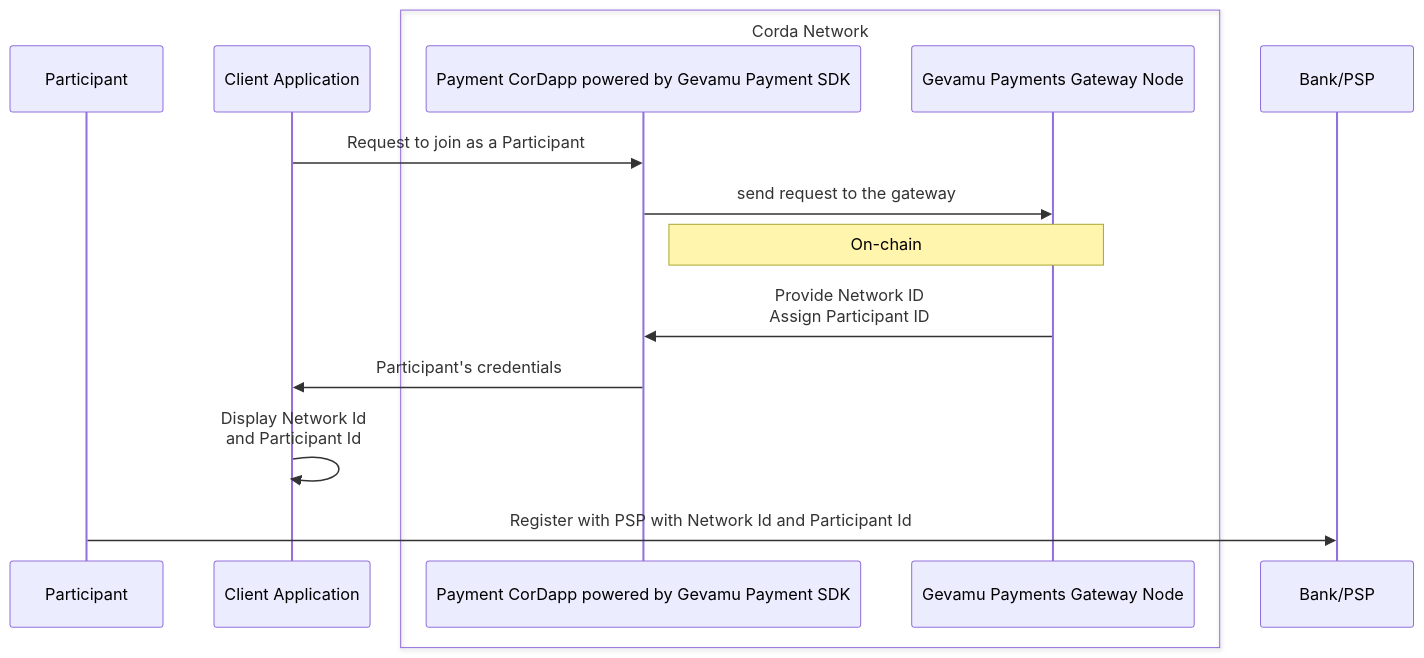
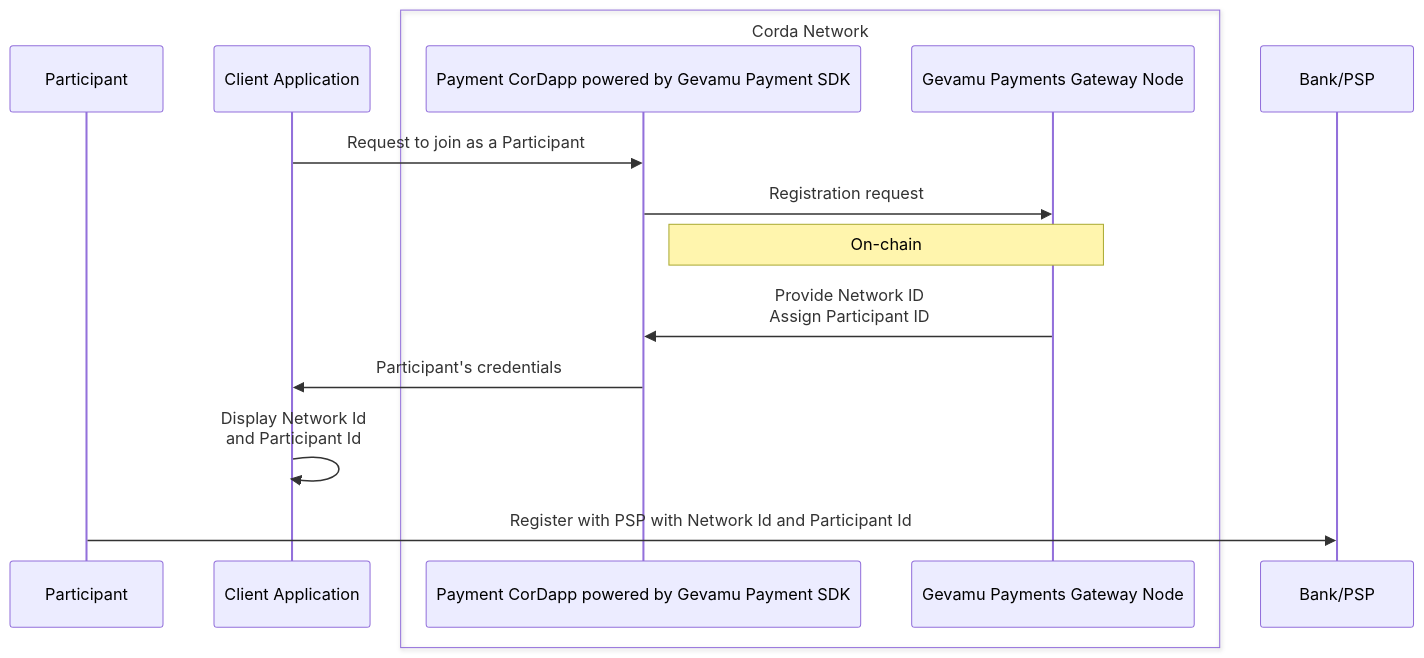
One commit to gevamu/gevamu.github.io changed the diagram in content/3.workflow/3.participant-onboarding.md. Above: the diagram before and after it, drawn with Mermaid.

````diff
--- a/content/3.workflow/3.participant-onboarding.md
+++ b/content/3.workflow/3.participant-onboarding.md
@@ -16,25 +16,25 @@
 ```mermaid
 sequenceDiagram
  
  %% using slide 12
 
   participant p as Participant
   participant ca as Client Application
   box Corda Network
   participant pc as Payment CorDapp powered by Gevamu Payment SDK 
   participant gn as Gevamu Payments Gateway Node
   end
   participant psp as Bank/PSP
 
   ca ->> pc: Request to join as a Participant
 
   
-  pc ->> gn: send request to the gateway
+  pc ->> gn: Registration request
   Note right of pc: On-chain
   gn ->> pc: Provide Network ID <br/> Assign Participant ID
   
   pc ->> ca: Participant's credentials
   ca ->> ca: Display Network Id <br/> and Participant Id
   p ->> psp: Register with PSP with Network Id and Participant Id 
   
 ```
````
